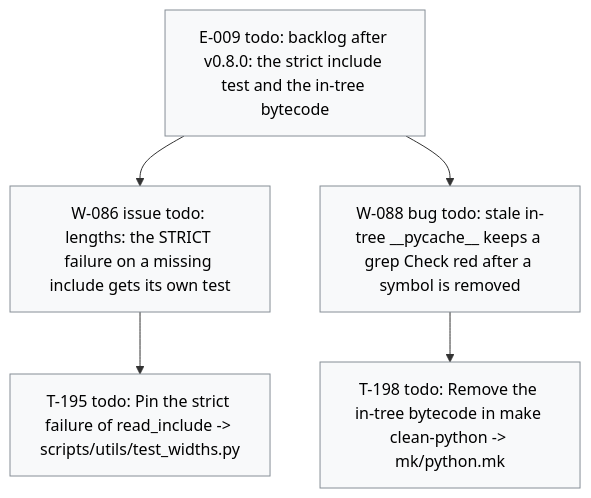
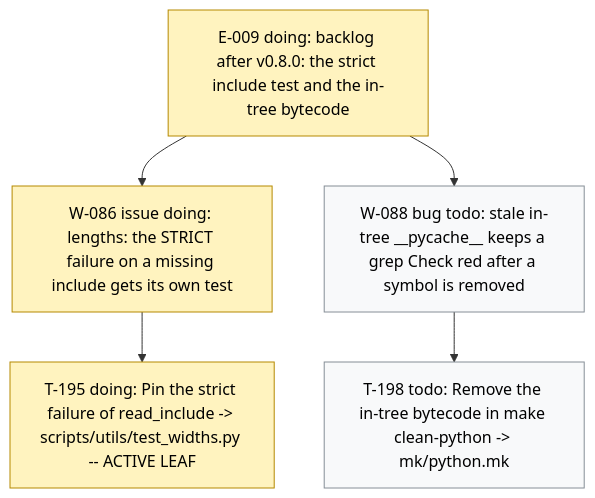
Before and after one commit to dpopchev/chaos-to-simple: the diagram in .board/BOARD.md, drawn with Mermaid. The commit also changed other lines of this file and 3 other files, not shown here.

````diff
--- a/.board/BOARD.md
+++ b/.board/BOARD.md
@@ -520,14 +520,15 @@
 ```mermaid
 flowchart TD
-  E009["E-009 todo: backlog after v0.8.0: the strict include test and the in-tree bytecode"]
-  E009 --> W086["W-086 issue todo: lengths: the STRICT failure on a missing include gets its own test"]
-  W086 --> T195["T-195 todo: Pin the strict failure of read_include -> scripts/utils/test_widths.py"]
+  E009["E-009 doing: backlog after v0.8.0: the strict include test and the in-tree bytecode"]
+  E009 --> W086["W-086 issue doing: lengths: the STRICT failure on a missing include gets its own test"]
+  W086 --> T195["T-195 doing: Pin the strict failure of read_include -> scripts/utils/test_widths.py -- ACTIVE LEAF"]
   E009 --> W088["W-088 bug todo: stale in-tree __pycache__ keeps a grep Check red after a symbol is removed"]
   W088 --> T198["T-198 todo: Remove the in-tree bytecode in make clean-python -> mk/python.mk"]
   classDef doing fill:#fff3bf,stroke:#b58900,color:#000;
   classDef blocked fill:#ffe3e3,stroke:#c92a2a,color:#000;
   classDef done fill:#e6ffed,stroke:#2b8a3e,color:#000;
   classDef todo fill:#f8f9fa,stroke:#868e96,color:#000;
   classDef pruned fill:#f1f3f5,stroke:#adb5bd,color:#000;
-  class E009,W086,T195,W088,T198 todo
+  class E009,W086,T195 doing
+  class W088,T198 todo
 ```
````
